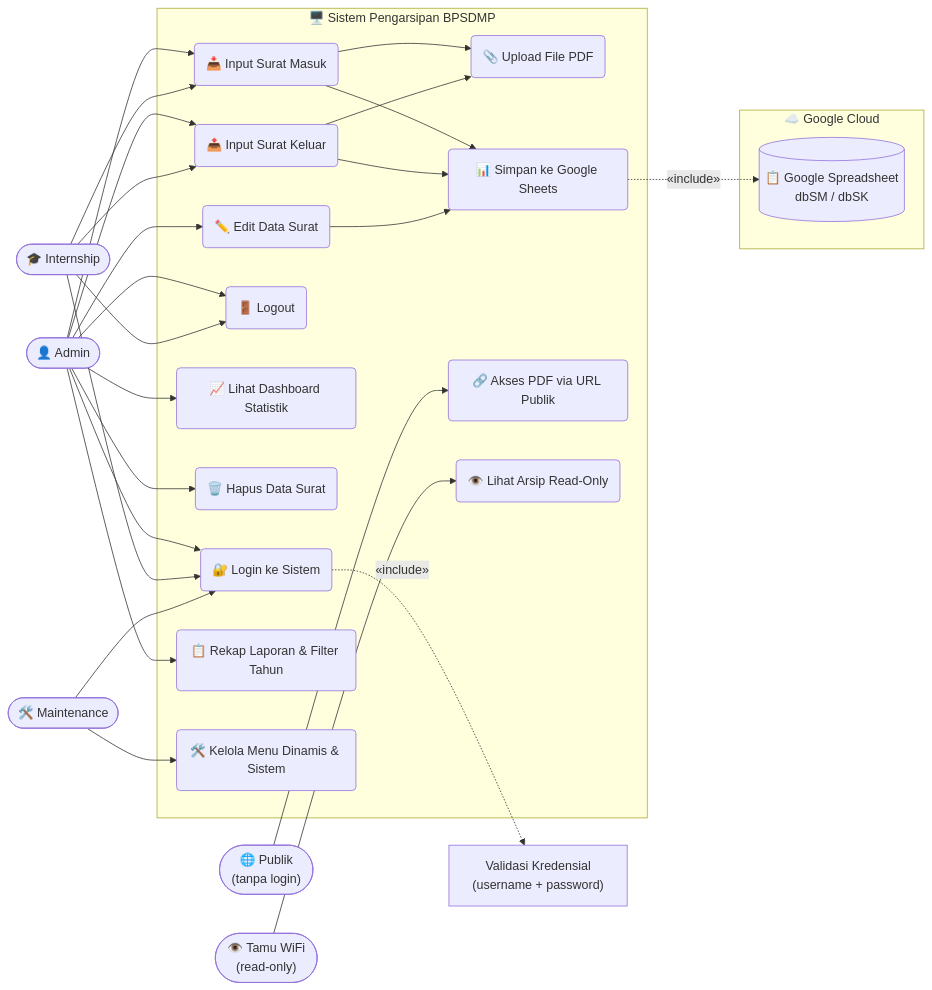
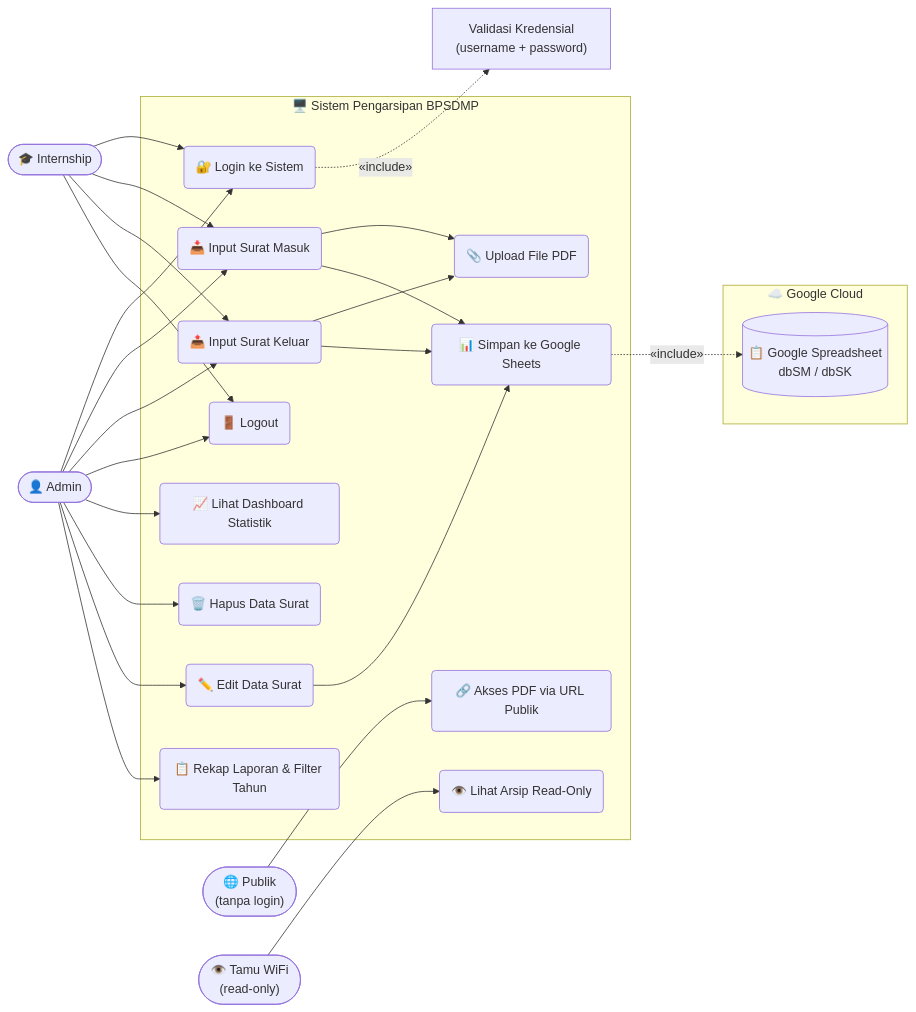
Before and after one commit to Rpl087/PROJECT-MAGANG: the first of 3 diagrams in README.md, drawn with Mermaid. The commit also changed other lines of this file and 10 other files, not shown here.

````diff
--- a/README.md
+++ b/README.md
@@ -62,54 +62,50 @@
 ```mermaid
 graph LR
     Admin(["👤 Admin"])
     Internship(["🎓 Internship"])
-    Maintenance(["🛠️ Maintenance"])
     Public(["🌐 Publik\n(tanpa login)"])
     Tamu(["👁️ Tamu WiFi\n(read-only)"])
 
     subgraph Sistem ["🖥️ Sistem Pengarsipan BPSDMP"]
         UC1("🔐 Login ke Sistem")
         UC2("📥 Input Surat Masuk")
         UC3("📤 Input Surat Keluar")
         UC4("📎 Upload File PDF")
         UC5("📊 Simpan ke Google Sheets")
         UC6("🚪 Logout")
         UC7("📈 Lihat Dashboard Statistik")
         UC8("🔗 Akses PDF via URL Publik")
         UC9("🗑️ Hapus Data Surat")
         UC10("👁️ Lihat Arsip Read-Only")
         UC11("✏️ Edit Data Surat")
         UC12("📋 Rekap Laporan & Filter Tahun")
-        UC13("🛠️ Kelola Menu Dinamis & Sistem")
 
         UC2 --> UC4
         UC3 --> UC4
         UC2 --> UC5
         UC3 --> UC5
         UC11 --> UC5
     end
 
     subgraph Google ["☁️ Google Cloud"]
         GS[("📋 Google Spreadsheet\ndbSM / dbSK")]
     end
 
     Admin --> UC1
     Admin --> UC2
     Admin --> UC3
     Admin --> UC6
     Admin --> UC7
     Admin --> UC9
     Admin --> UC11
     Admin --> UC12
     Internship --> UC1
     Internship --> UC2
     Internship --> UC3
     Internship --> UC6
-    Maintenance --> UC1
-    Maintenance --> UC13
     Public --> UC8
     Tamu --> UC10
 
     UC1 -.->|"«include»"| VALID["Validasi Kredensial\n(username + password)"]
     UC5 -.->|"«include»"| GS
 ```
````
